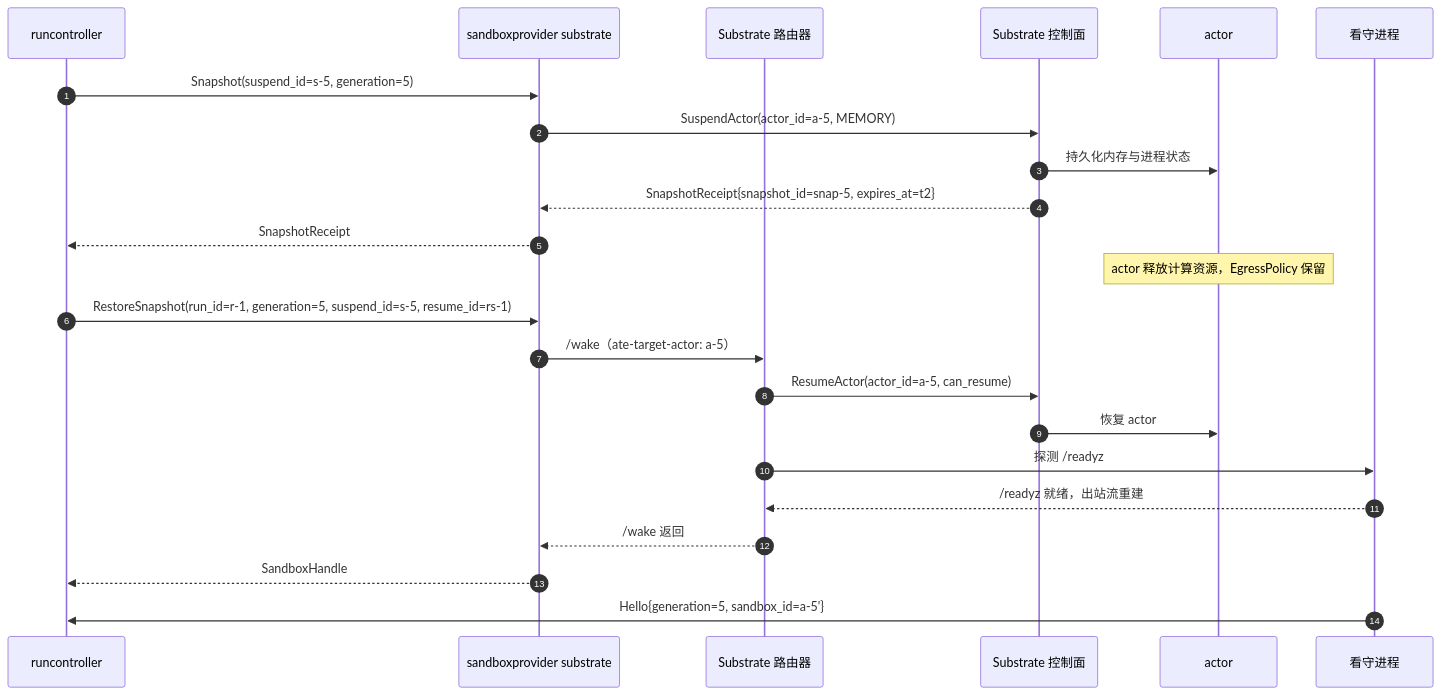
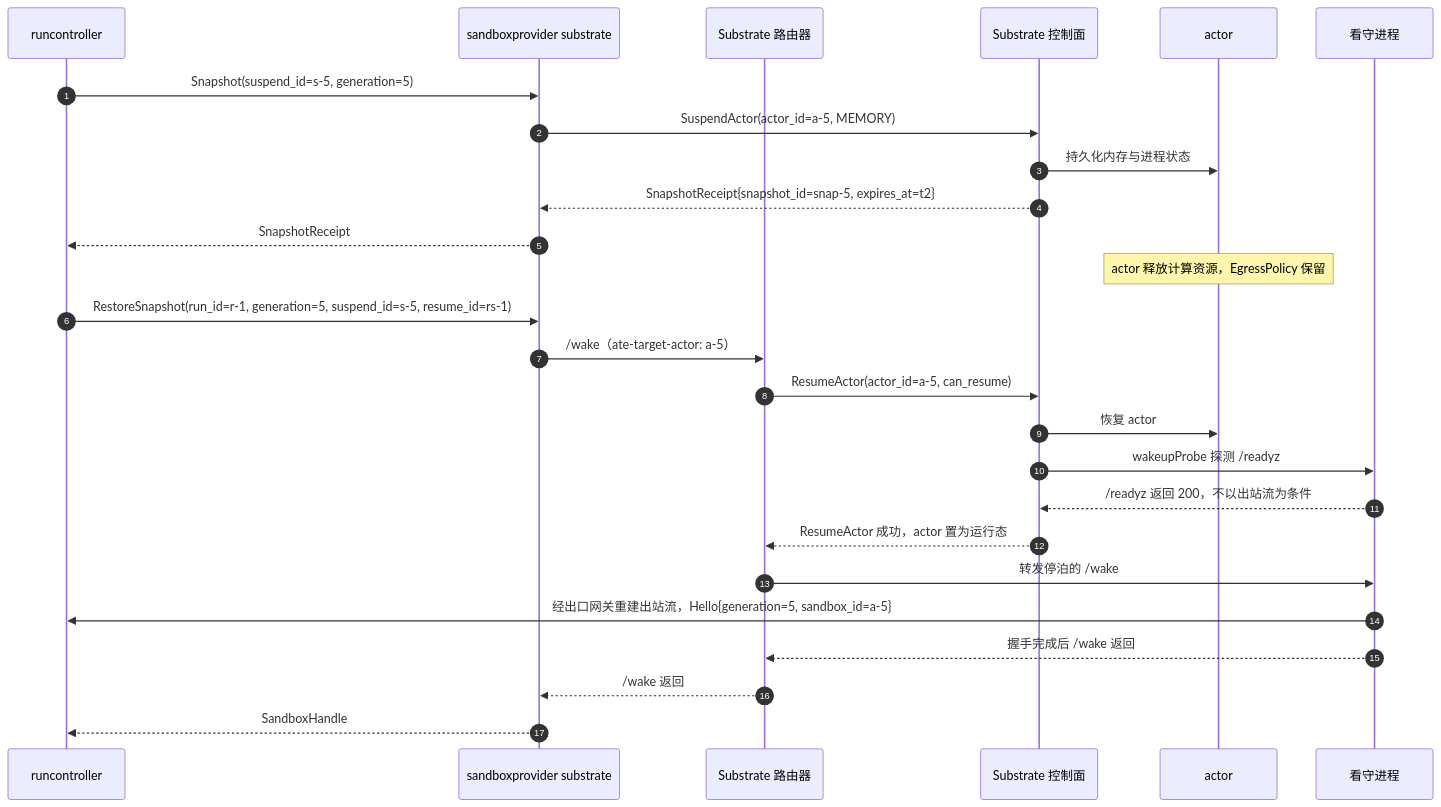
Before and after one commit to wangzw/castworks: the third of 4 diagrams in docs/design/modules/sandboxprovider/design-sandboxprovider-substrate.md, drawn with Mermaid. The commit also changed other lines of this file and 37 other files, not shown here.

````diff
--- a/docs/design/modules/sandboxprovider/design-sandboxprovider-substrate.md
+++ b/docs/design/modules/sandboxprovider/design-sandboxprovider-substrate.md
@@ -136,27 +194,30 @@
 ```mermaid
 sequenceDiagram
     autonumber
     participant R as runcontroller
     participant P as sandboxprovider substrate
     participant X as Substrate 路由器
     participant S as Substrate 控制面
     participant A as actor
     participant W as 看守进程
 
     R->>P: Snapshot(suspend_id=s-5, generation=5)
     P->>S: SuspendActor(actor_id=a-5, MEMORY)
     S->>A: 持久化内存与进程状态
     S-->>P: SnapshotReceipt{snapshot_id=snap-5, expires_at=t2}
     P-->>R: SnapshotReceipt
     Note over A: actor 释放计算资源，EgressPolicy 保留
 
     R->>P: RestoreSnapshot(run_id=r-1, generation=5, suspend_id=s-5, resume_id=rs-1)
     P->>X: /wake（ate-target-actor: a-5）
     X->>S: ResumeActor(actor_id=a-5, can_resume)
     S->>A: 恢复 actor
-    X->>W: 探测 /readyz
-    W-->>X: /readyz 就绪，出站流重建
+    S->>W: wakeupProbe 探测 /readyz
+    W-->>S: /readyz 返回 200，不以出站流为条件
+    S-->>X: ResumeActor 成功，actor 置为运行态
+    X->>W: 转发停泊的 /wake
+    W->>R: 经出口网关重建出站流，Hello{generation=5, sandbox_id=a-5}
+    W-->>X: 握手完成后 /wake 返回
     X-->>P: /wake 返回
     P-->>R: SandboxHandle
-    W->>R: Hello{generation=5, sandbox_id=a-5'}
 ```
````
